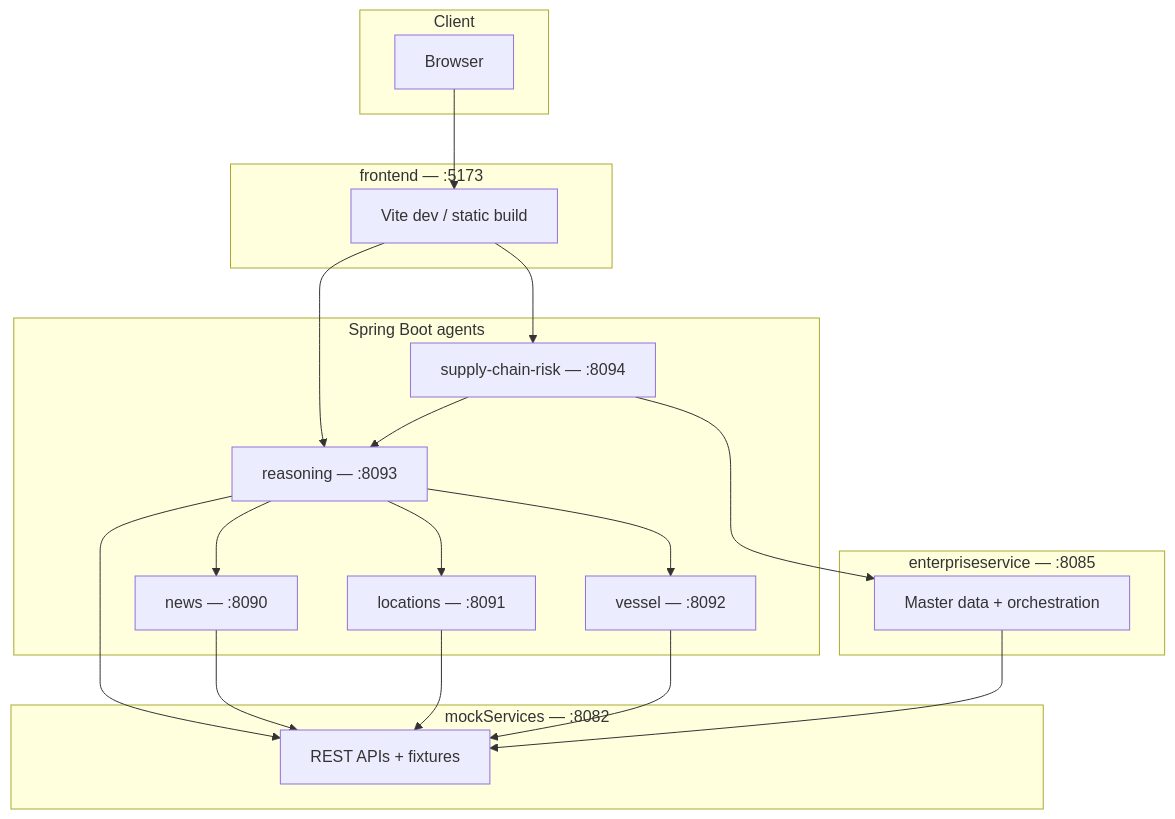
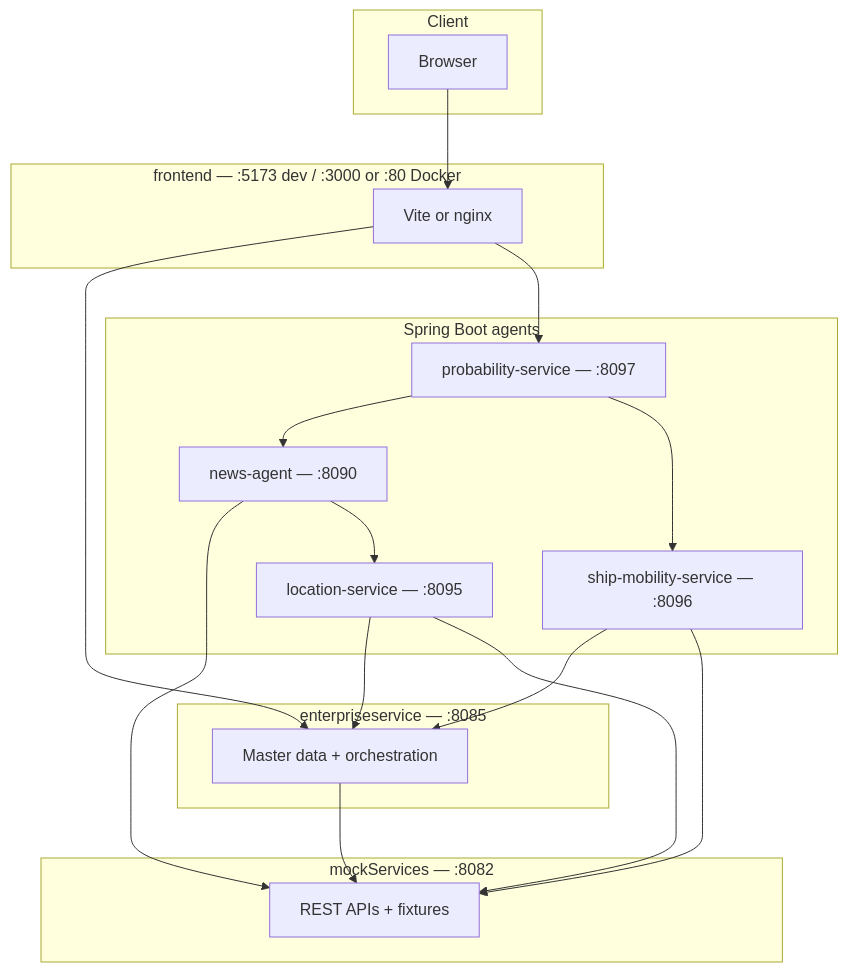
Before and after one commit to balajimurugesan2016/CursorHackathon: the third of 5 diagrams in README.md, drawn with Mermaid. The commit also changed other lines of this file and 1 other file, not shown here.

First line of the commit message:
docs: update README and agents documentation for service architecture and startup order

````diff
--- a/README.md
+++ b/README.md
@@ -139,40 +131,38 @@
 ```mermaid
 flowchart TB
   subgraph Client["Client"]
     B["Browser"]
   end
 
-  subgraph UI["frontend — :5173"]
-    V["Vite dev / static build"]
+  subgraph UI["frontend — :5173 dev / :3000 or :80 Docker"]
+    V["Vite or nginx"]
   end
 
   subgraph Mock["mockServices — :8082"]
     M["REST APIs + fixtures"]
   end
 
   subgraph Ent["enterpriseservice — :8085"]
     E["Master data + orchestration"]
   end
 
   subgraph Agents["Spring Boot agents"]
-    N["news — :8090"]
-    L["locations — :8091"]
-    V2["vessel — :8092"]
-    R["reasoning — :8093"]
-    S["supply-chain-risk — :8094"]
+    N["news-agent — :8090"]
+    L["location-service — :8095"]
+    SM["ship-mobility-service — :8096"]
+    P["probability-service — :8097"]
   end
 
   B --> V
-  V --> R
-  V --> S
-  R --> N
-  R --> L
-  R --> V2
-  R --> M
+  V --> E
+  V --> P
+  P --> N
+  P --> SM
   N --> M
+  N --> L
+  L --> E
   L --> M
-  V2 --> M
-  S --> E
-  S --> R
+  SM --> E
+  SM --> M
   E --> M
 ```
````
